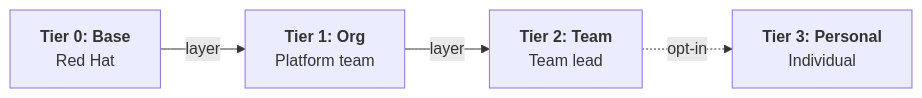
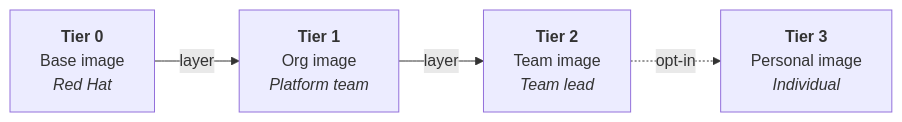
The diagram in README-Ansible-DevSpaces.md (ansible-tmm/solution-guides), drawn with Mermaid before and after one commit. The commit also changed other lines of this file, not shown here.

First line of the commit message:
DevSpaces guide: diagram, impact, and content cleanup (#42)

````diff
--- a/README-Ansible-DevSpaces.md
+++ b/README-Ansible-DevSpaces.md
@@ -9,6 +9,6 @@
 ```mermaid
 graph LR
-    A["<b>Tier 0: Base</b><br/>Red Hat"] -->|layer| B["<b>Tier 1: Org</b><br/>Platform team"]
-    B -->|layer| C["<b>Tier 2: Team</b><br/>Team lead"]
-    C -.->|opt-in| D["<b>Tier 3: Personal</b><br/>Individual"]
+    A["<b>Tier 0</b><br/>Base image<br/><i>Red Hat</i>"] -->|layer| B["<b>Tier 1</b><br/>Org image<br/><i>Platform team</i>"]
+    B -->|layer| C["<b>Tier 2</b><br/>Team image<br/><i>Team lead</i>"]
+    C -.->|opt-in| D["<b>Tier 3</b><br/>Personal image<br/><i>Individual</i>"]
 ```
````
